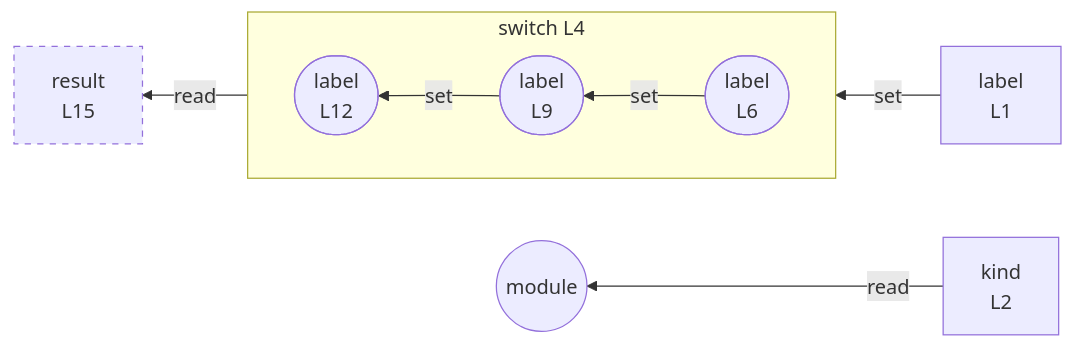
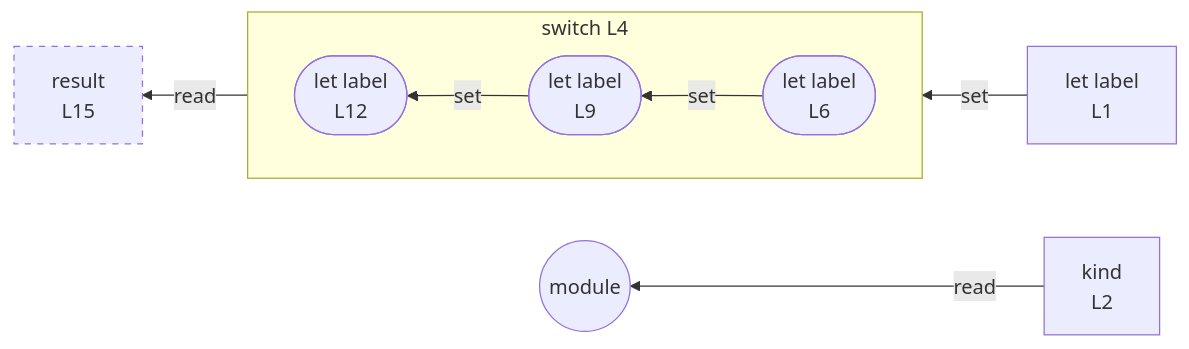
The diagram in integration/fixtures/control-switch/preview.md (crescware/unsnarl), drawn with Mermaid before and after one commit. The commit also changed 31 other files, not shown here.

First line of the commit message:
feat(mermaid): always prefix let-bound variables with "let"

````diff
--- a/integration/fixtures/control-switch/preview.md
+++ b/integration/fixtures/control-switch/preview.md
@@ -25,20 +25,20 @@
 ```mermaid
 flowchart RL
-  n_scope_0_label_4["label<br/>L1"]
+  n_scope_0_label_4["let label<br/>L1"]
   n_scope_0_kind_22["kind<br/>L2"]
   n_scope_0_result_179["result<br/>L15"]
   subgraph s_scope_1["switch L4"]
     direction RL
-    wr_ref_1(["label<br/>L6"])
-    wr_ref_2(["label<br/>L9"])
-    wr_ref_3(["label<br/>L12"])
+    wr_ref_1(["let label<br/>L6"])
+    wr_ref_2(["let label<br/>L9"])
+    wr_ref_3(["let label<br/>L12"])
   end
   n_scope_0_label_4 -->|set| wr_ref_1
   wr_ref_1 -->|set| wr_ref_2
   wr_ref_2 -->|set| wr_ref_3
   n_scope_0_kind_22 -->|read| module_root
   wr_ref_3 -->|read| n_scope_0_result_179
   module_root((module))
   classDef unused stroke-dasharray: 5 5;
   class n_scope_0_result_179 unused;
 ```
````
